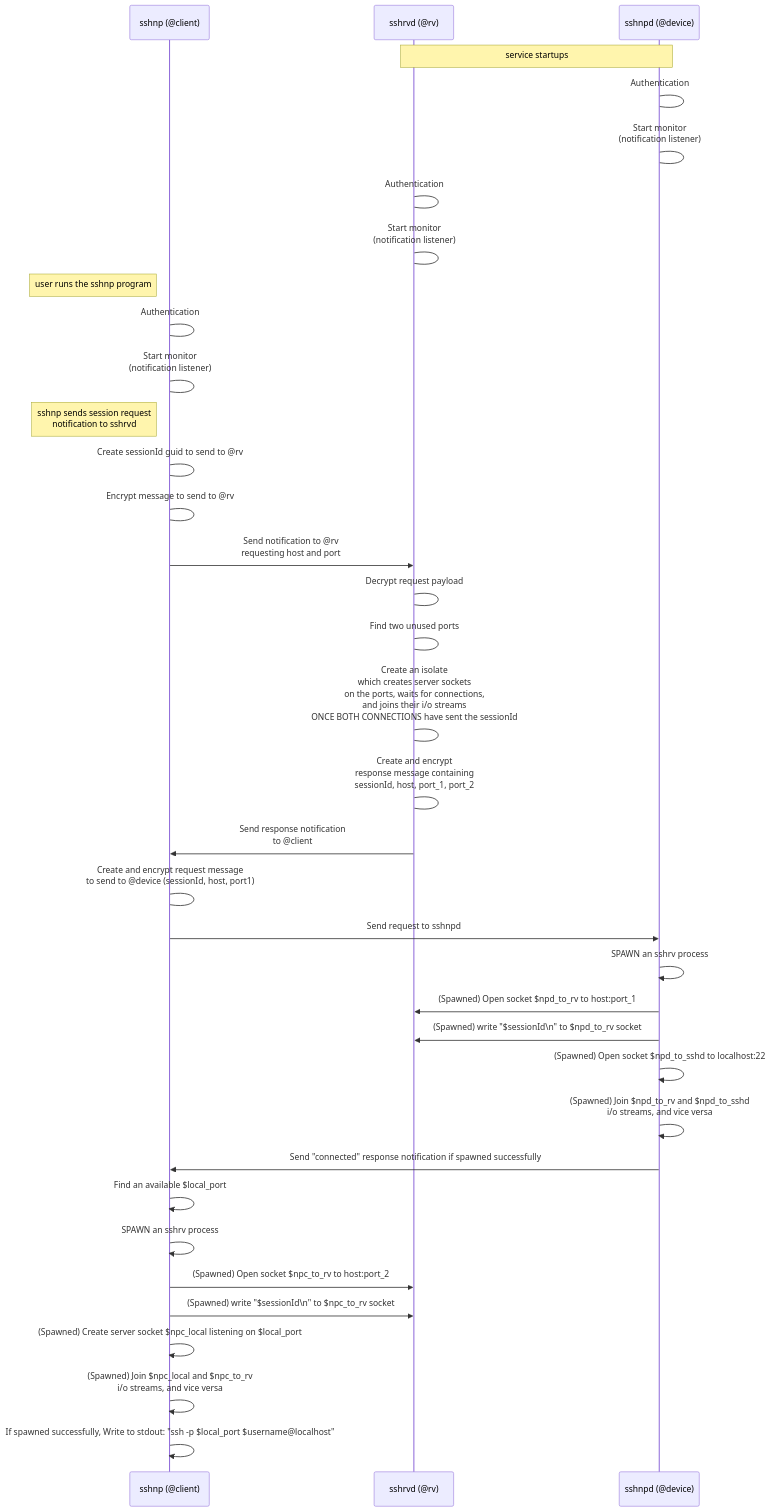
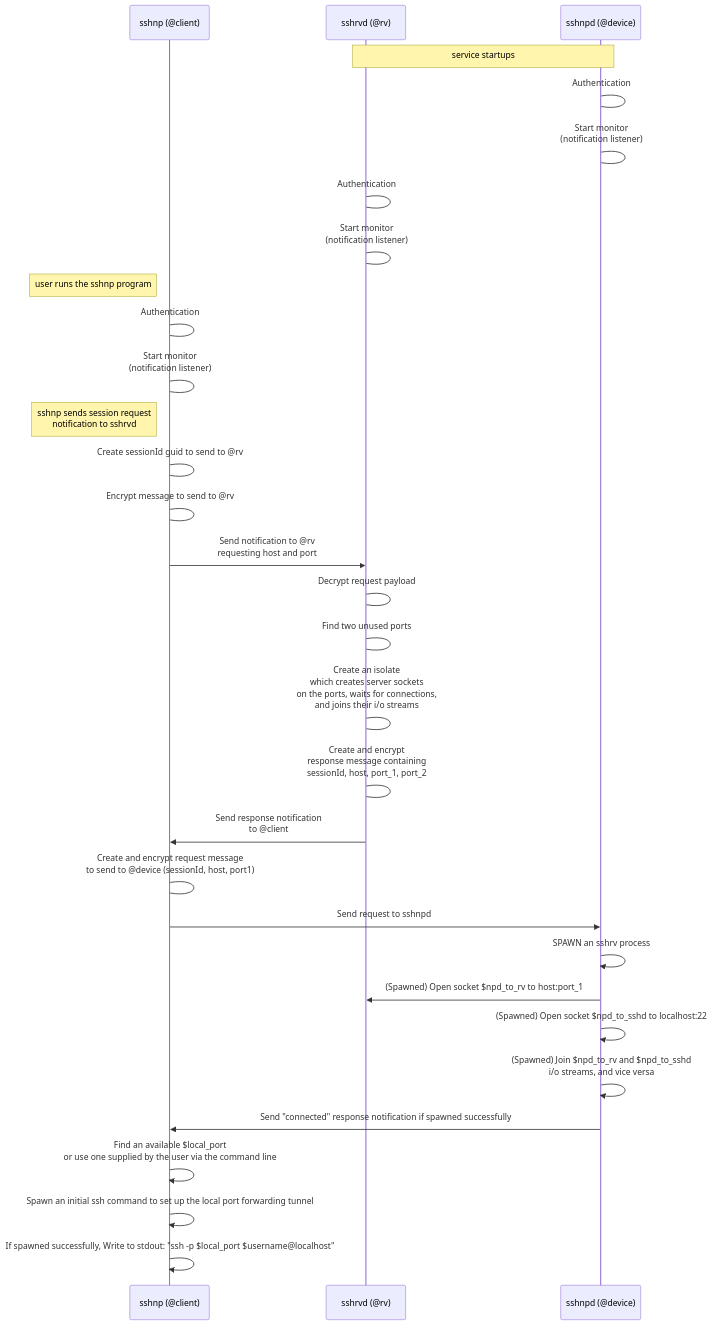
Before and after one commit to atsign-foundation/noports: the first of 2 diagrams in packages/sshnoports/UnderTheHood.md, drawn with Mermaid. The commit also changed other lines of this file, not shown here.

````diff
--- a/packages/sshnoports/UnderTheHood.md
+++ b/packages/sshnoports/UnderTheHood.md
@@ -76,44 +80,39 @@
 ```mermaid
 sequenceDiagram
     participant C as sshnp (@client)
     participant R as sshrvd (@rv)
     participant D as sshnpd (@device)
 
     note over R,D: service startups
     D->D: Authentication
     D->D: Start monitor <br> (notification listener)
     
     R->R: Authentication
     R->R: Start monitor <br> (notification listener)
 
     note left of C: user runs the sshnp program
     C->C: Authentication
     C->C: Start monitor <br> (notification listener)
     
     note left of C: sshnp sends session request <br> notification to sshrvd
     C->C: Create sessionId guid to send to @rv
     C->C: Encrypt message to send to @rv
     C->>R: Send notification to @rv <br> requesting host and port
     
     R->R: Decrypt request payload
     R->R: Find two unused ports
-    R->R: Create an isolate <br> which creates server sockets <br> on the ports, waits for connections, <br> and joins their i/o streams <br> ONCE BOTH CONNECTIONS have sent the sessionId
+    R->R: Create an isolate <br> which creates server sockets <br> on the ports, waits for connections, <br> and joins their i/o streams
     R->R: Create and encrypt <br> response message containing <br> sessionId, host, port_1, port_2
     R->>C: Send response notification <br> to @client
     
     C->C: Create and encrypt request message <br> to send to @device (sessionId, host, port1)
     C->>D: Send request to sshnpd
     D->>D: SPAWN an sshrv process
     D->>R: (Spawned) Open socket $npd_to_rv to host:port_1
-    D->>R: (Spawned) write "$sessionId\n" to $npd_to_rv socket
     D->>D: (Spawned) Open socket $npd_to_sshd to localhost:22
     D->>D: (Spawned) Join $npd_to_rv and $npd_to_sshd <br> i/o streams, and vice versa
     D->>C: Send "connected" response notification if spawned successfully
-    C->>C: Find an available $local_port
-    C->>C: SPAWN an sshrv process
-    C->>R: (Spawned) Open socket $npc_to_rv to host:port_2
-    C->>R: (Spawned) write "$sessionId\n" to $npc_to_rv socket
-    C->>C: (Spawned) Create server socket $npc_local listening on $local_port
-    C->>C: (Spawned) Join $npc_local and $npc_to_rv  <br> i/o streams, and vice versa
+    C->>C: Find an available $local_port<br>or use one supplied by the user via the command line
+    C->>C: Spawn an initial ssh command to set up the local port forwarding tunnel
     C->>C: If spawned successfully, Write to stdout: "ssh -p $local_port $username@localhost"
 ```
````
